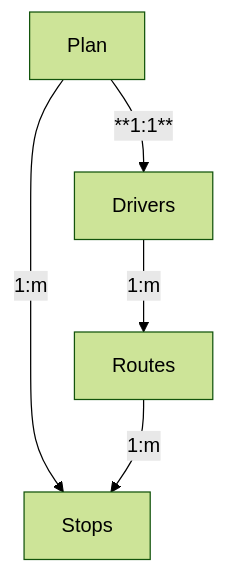
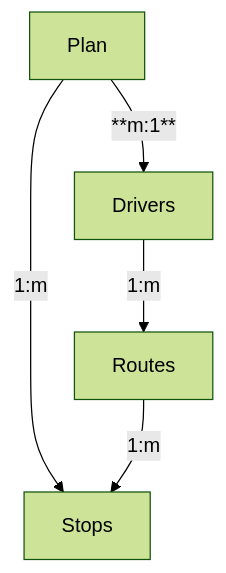
Before and after one commit to crickets-and-comb/bfb_delivery: the second of 2 diagrams in docs/developers.rst, drawn with Mermaid (forest theme). The commit also changed other lines of this file and 35 other files, not shown here.

```diff
--- a/docs/developers.rst
+++ b/docs/developers.rst
@@ -37,7 +37,7 @@
 .. mermaid::
 
     graph TD;
-        A[Plan] -->|**1:1**| B[Drivers]
+        A[Plan] -->|**m:1**| B[Drivers]
         A -->|1:m| C[Stops]
         B -->|1:m| D[Routes]
         D -->|1:m| C[Stops]
```
